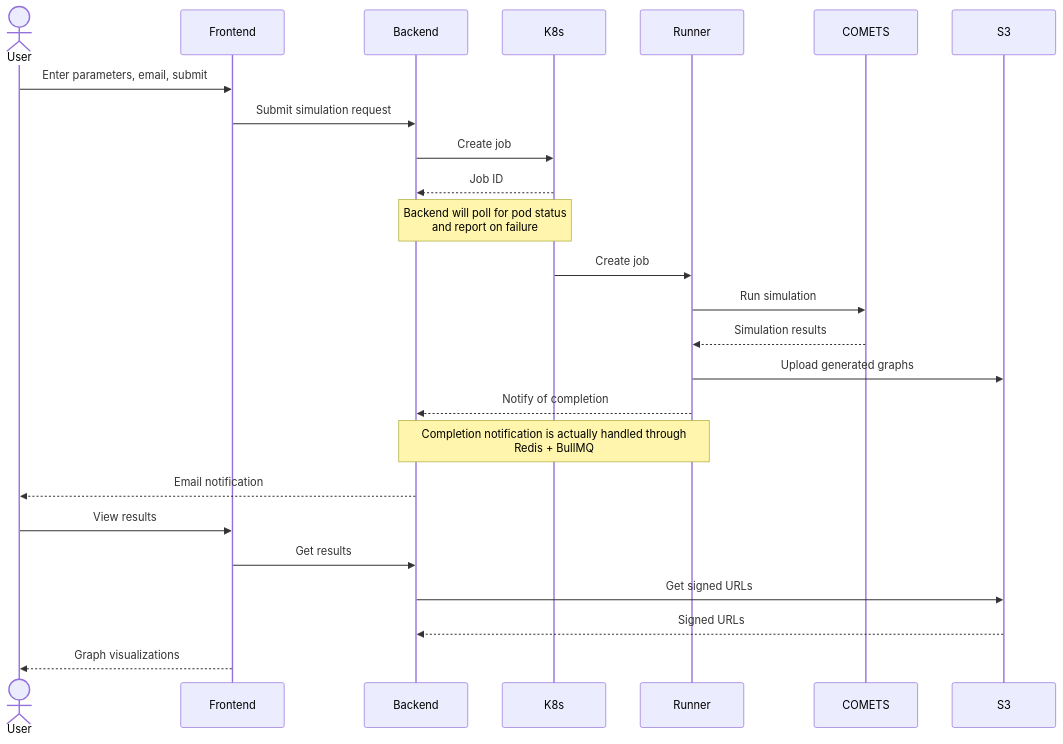
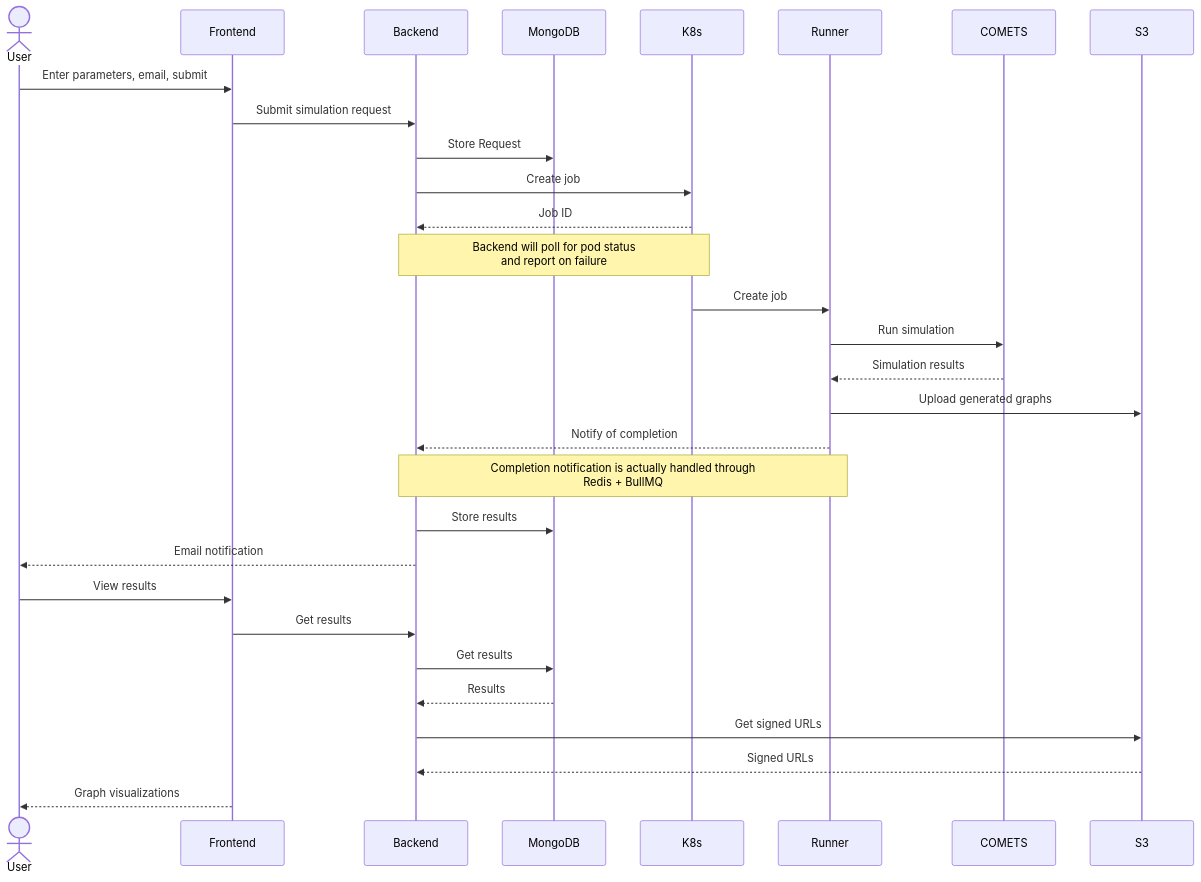
One commit to hicsail/COMETS-web changed the diagram in README.md. Above: the diagram before and after it, drawn with Mermaid.

Commit message:
Update sequence diagram with MongoDB usage

````diff
--- a/README.md
+++ b/README.md
@@ -61,21 +61,25 @@
 ```mermaid
 sequenceDiagram
 	actor User
 	User ->> Frontend: Enter parameters, email, submit
 	Frontend ->> Backend: Submit simulation request
+	Backend ->> MongoDB: Store Request
 	Backend ->> K8s: Create job
 	K8s -->> Backend: Job ID
 	Note over K8s,Backend: Backend will poll for pod status <br /> and report on failure
 	K8s ->> Runner: Create job
 	Runner ->> COMETS: Run simulation
 	COMETS -->> Runner: Simulation results
 	Runner ->> S3: Upload generated graphs
 	Runner -->> Backend: Notify of completion
 	Note over Runner,Backend: Completion notification is actually handled through <br /> Redis + BullMQ
+	Backend ->> MongoDB: Store results
 	Backend -->> User: Email notification
 	User ->> Frontend: View results
 	Frontend ->> Backend: Get results
+	Backend ->> MongoDB: Get results
+	MongoDB -->> Backend: Results
 	Backend ->> S3: Get signed URLs
 	S3 -->> Backend: Signed URLs
 	Frontend -->> User: Graph visualizations
 ```
````
